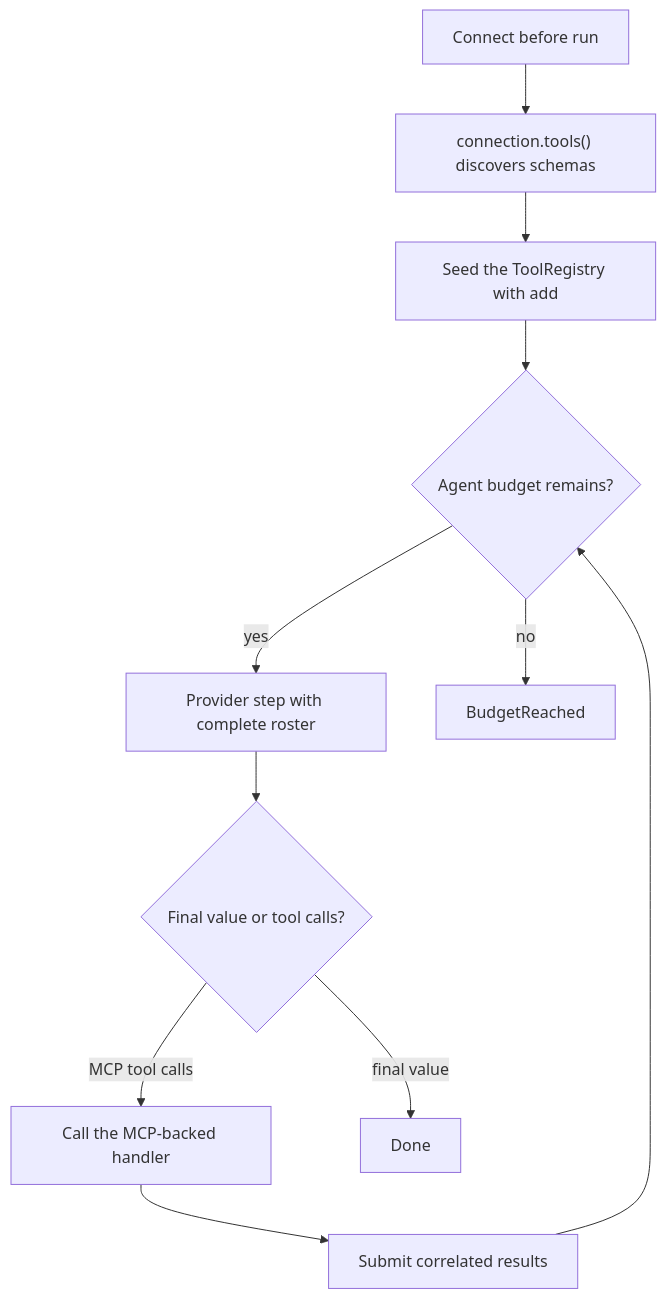
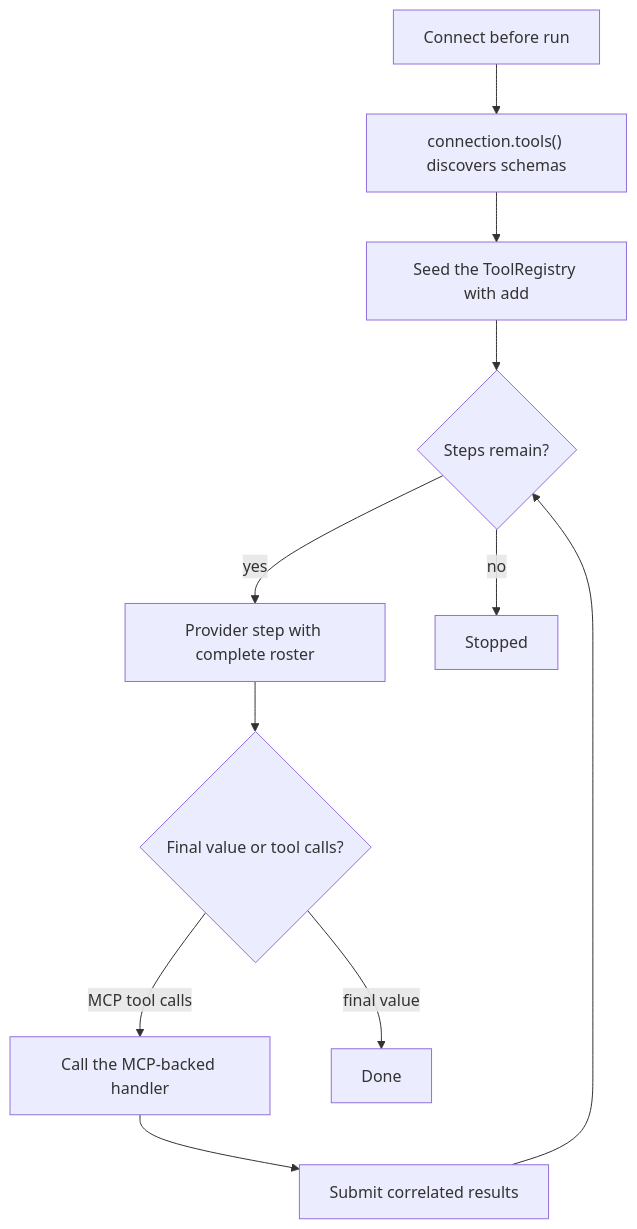
The second of 2 diagrams in baml_language/_plan/bepv4/pages/dynamic-tools-and-mcp.md (BoundaryML/baml), drawn with Mermaid before and after one commit. The commit also changed other lines of this file and 169 other files, not shown here.

````diff
--- a/baml_language/_plan/bepv4/pages/dynamic-tools-and-mcp.md
+++ b/baml_language/_plan/bepv4/pages/dynamic-tools-and-mcp.md
@@ -205,13 +210,13 @@
 ```mermaid
 flowchart TD
   connect["Connect before run"] --> discover["connection.tools() discovers schemas"]
   discover --> registry["Seed the ToolRegistry with add"]
-  registry --> budget{"Agent budget remains?"}
-  budget -->|yes| model["Provider step with complete roster"]
+  registry --> limit{"Steps remain?"}
+  limit -->|yes| model["Provider step with complete roster"]
   model --> result{"Final value or tool calls?"}
   result -->|MCP tool calls| mcp["Call the MCP-backed handler"]
   mcp --> submit["Submit correlated results"]
-  submit --> budget
+  submit --> limit
   result -->|final value| done["Done<Resolution>"]
-  budget -->|no| stopped["BudgetReached"]
+  limit -->|no| stopped["Stopped"]
 ```
````
